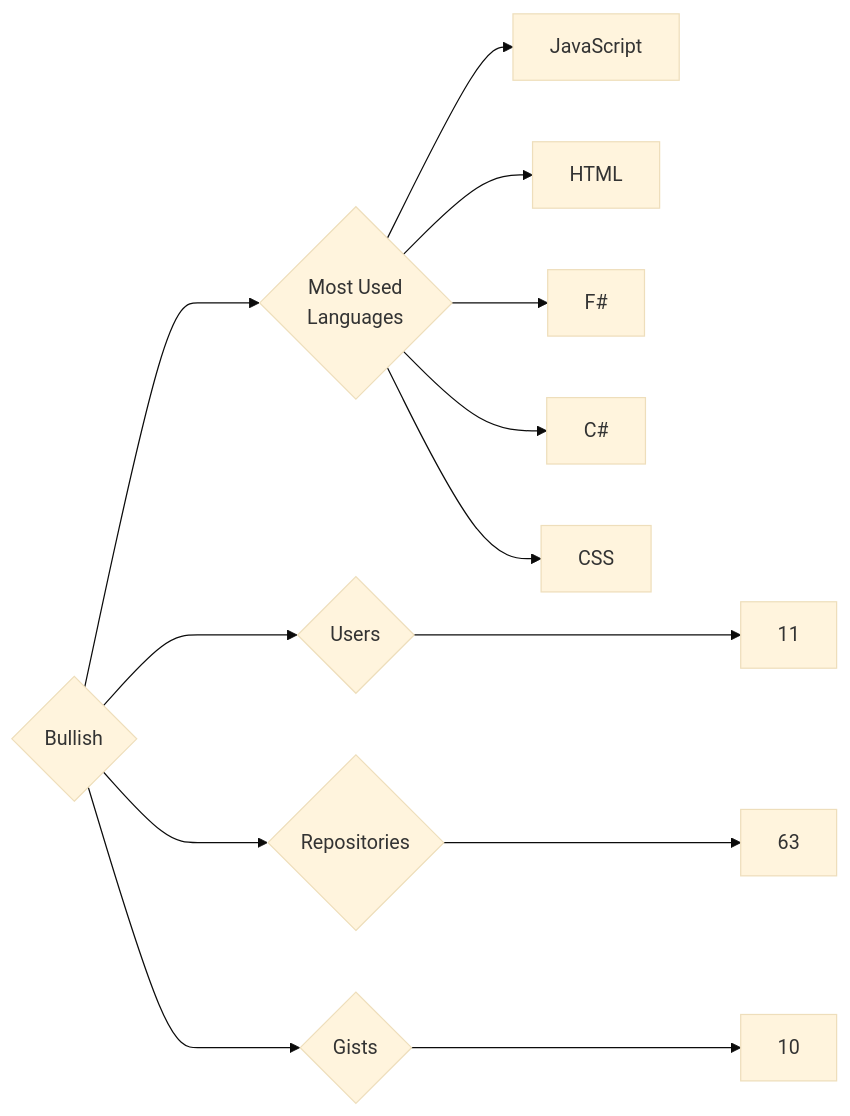
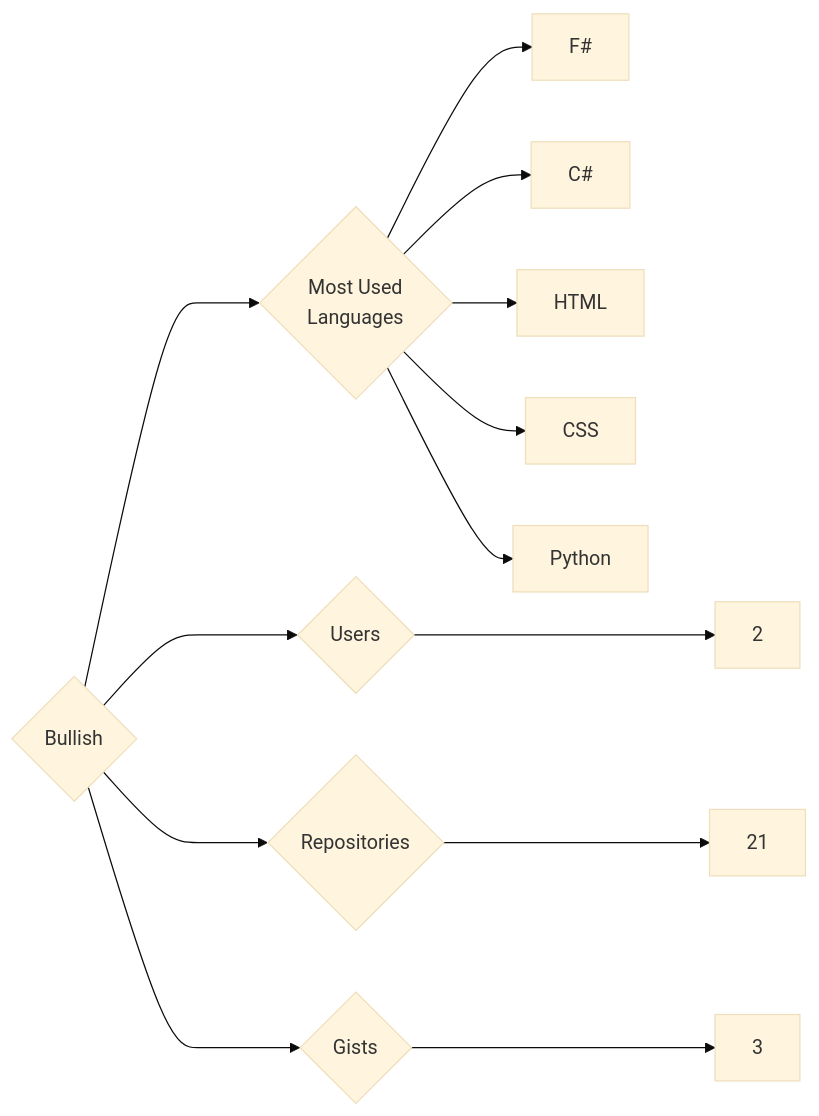
The diagram in targets/Bullish/README.md (trickest/insiders), drawn with Mermaid (base theme) before and after one commit. The commit also changed 553 other files, not shown here.

````diff
--- a/targets/Bullish/README.md
+++ b/targets/Bullish/README.md
@@ -3,13 +3,13 @@
 ```mermaid
 graph LR
 COMPANY_NAME{Bullish}
-COMPANY_NAME ---> U{Users} ---> UN[11]
-COMPANY_NAME ---> R{Repositories} ---> RN[63]
-COMPANY_NAME ---> G{Gists} ---> GN[10]
+COMPANY_NAME ---> U{Users} ---> UN[2]
+COMPANY_NAME ---> R{Repositories} ---> RN[21]
+COMPANY_NAME ---> G{Gists} ---> GN[3]
 COMPANY_NAME ---> ML{Most Used<br>Languages}
-ML --> JavaScript[JavaScript]
-ML --> HTML[HTML]
 ML --> F#[F#]
 ML --> C#[C#]
+ML --> HTML[HTML]
 ML --> CSS[CSS]
+ML --> Python[Python]
 ```
````
